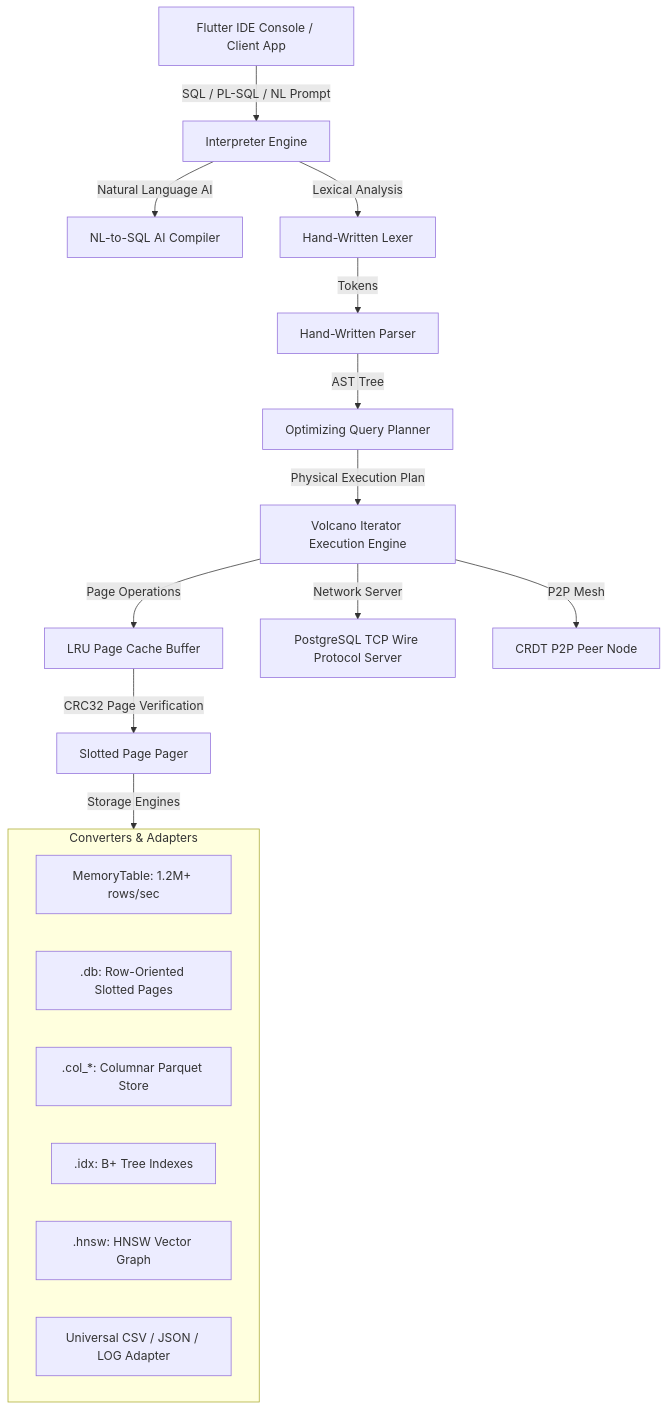
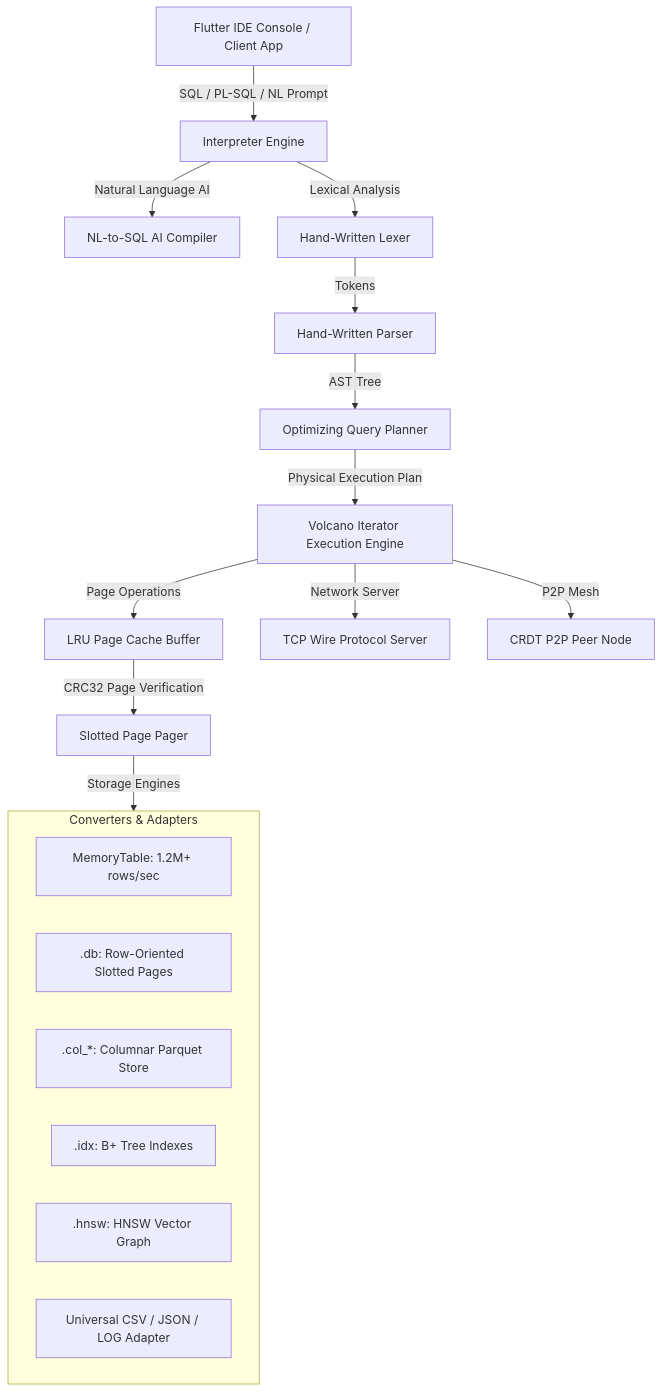
One commit to ompatel3158/ULTSQL changed the diagram in README.md. Above: the diagram before and after it, drawn with Mermaid. The commit also changed other lines of this file, not shown here.

Commit message:
docs: focus documentation 100% on standalone UltSQL engine features, innovations, and performance metrics

````diff
--- a/README.md
+++ b/README.md
@@ -31,25 +31,25 @@
 ```mermaid
 graph TD
     UI[Flutter IDE Console / Client App] -->|SQL / PL-SQL / NL Prompt| Interpreter[Interpreter Engine]
     Interpreter -->|Natural Language AI| NlEngine[NL-to-SQL AI Compiler]
     Interpreter -->|Lexical Analysis| Lexer[Hand-Written Lexer]
     Lexer -->|Tokens| Parser[Hand-Written Parser]
     Parser -->|AST Tree| QueryPlanner[Optimizing Query Planner]
     QueryPlanner -->|Physical Execution Plan| VolcanoEngine[Volcano Iterator Execution Engine]
     
     VolcanoEngine -->|Page Operations| PageCache[LRU Page Cache Buffer]
     PageCache -->|CRC32 Page Verification| Pager[Slotted Page Pager]
     Pager -->|Storage Engines| StorageAdapters
     
     subgraph StorageAdapters[Converters & Adapters]
       MemoryStore[MemoryTable: 1.2M+ rows/sec]
       RowStore[.db: Row-Oriented Slotted Pages]
       ColumnStore[.col_*: Columnar Parquet Store]
       BTreeIndex[.idx: B+ Tree Indexes]
       HnswIndex[.hnsw: HNSW Vector Graph]
       FileAdapter[Universal CSV / JSON / LOG Adapter]
     end
     
-    VolcanoEngine -->|Network Server| PgWireServer[PostgreSQL TCP Wire Protocol Server]
+    VolcanoEngine -->|Network Server| PgWireServer[TCP Wire Protocol Server]
     VolcanoEngine -->|P2P Mesh| P2pNode[CRDT P2P Peer Node]
 ```
````
